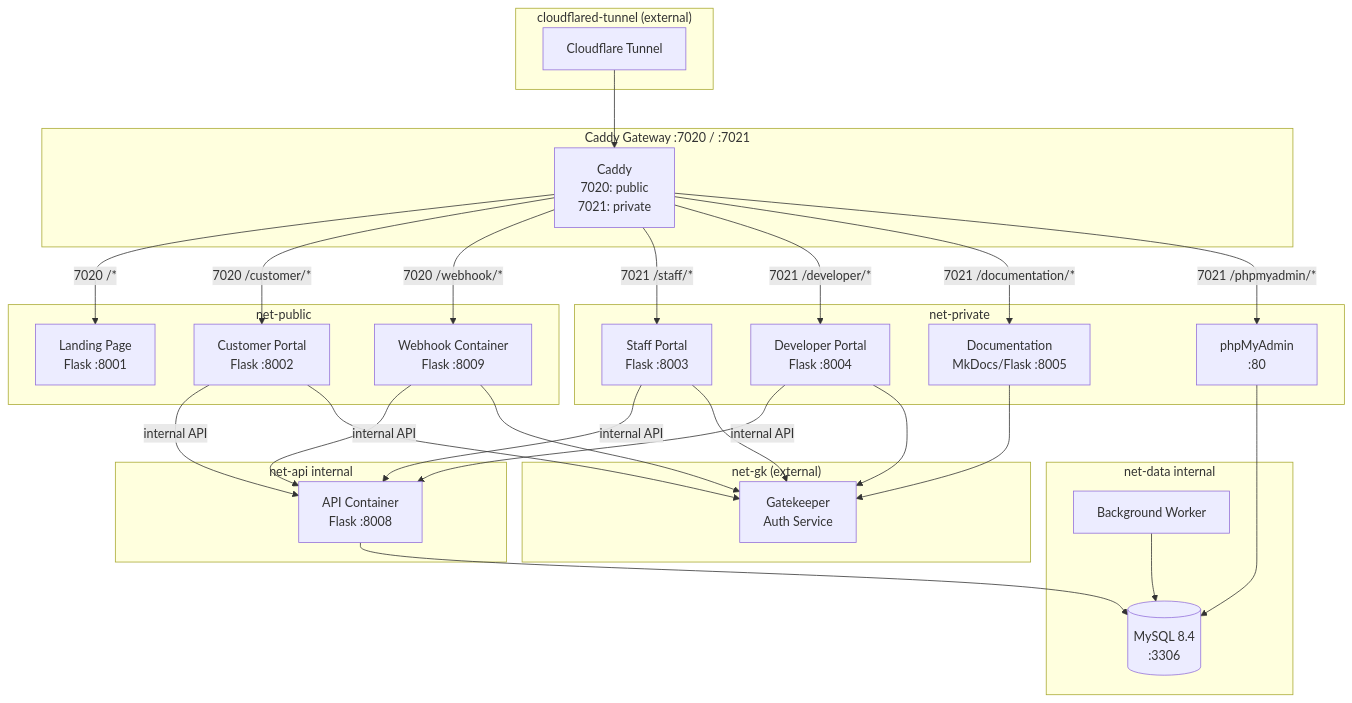
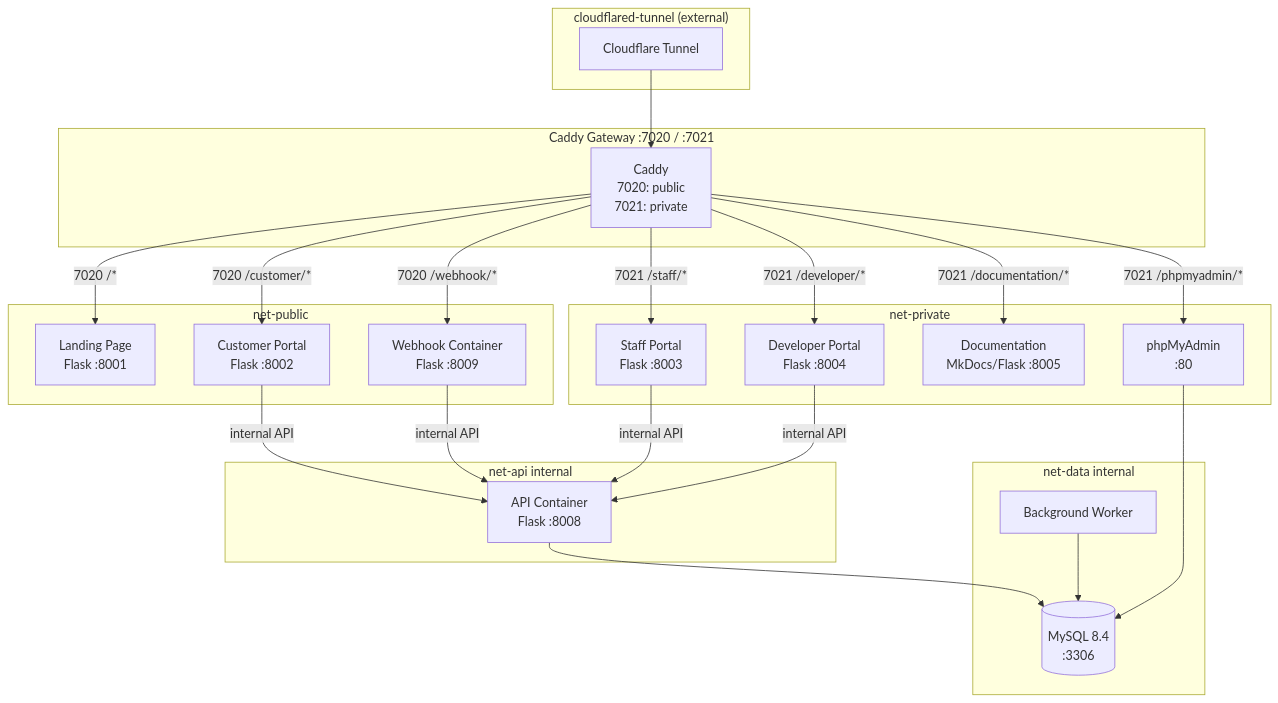
One commit to NovaProtocol/WaterBillingSystem changed the first of 2 diagrams in documentation/docs/index.md. Above: the diagram before and after it, drawn with Mermaid. The commit also changed other lines of this file and 9 other files, not shown here.

````diff
--- a/documentation/docs/index.md
+++ b/documentation/docs/index.md
@@ -25,61 +25,51 @@
 ```mermaid
 graph TB
     subgraph "net-public"
         LAND["Landing Page<br/>Flask :8001"]
         CP["Customer Portal<br/>Flask :8002"]
         WH["Webhook Container<br/>Flask :8009"]
     end
 
     subgraph "net-private"
         SP["Staff Portal<br/>Flask :8003"]
         DP["Developer Portal<br/>Flask :8004"]
         DOC["Documentation<br/>MkDocs/Flask :8005"]
         PMA["phpMyAdmin<br/>:80"]
     end
 
     subgraph "net-api internal"
         API["API Container<br/>Flask :8008"]
     end
 
     subgraph "net-data internal"
         DB[("MySQL 8.4<br/>:3306")]
         WORKER["Background Worker"]
-    end
-
-    subgraph "net-gk (external)"
-        GK["Gatekeeper<br/>Auth Service"]
     end
 
     subgraph "cloudflared-tunnel (external)"
         TUN["Cloudflare Tunnel"]
     end
 
     subgraph "Caddy Gateway :7020 / :7021"
         CAD["Caddy<br/>7020: public<br/>7021: private"]
     end
 
     CAD -->|"7020 /*"| LAND
     CAD -->|"7020 /customer/*"| CP
     CAD -->|"7020 /webhook/*"| WH
     CAD -->|"7021 /staff/*"| SP
     CAD -->|"7021 /developer/*"| DP
     CAD -->|"7021 /documentation/*"| DOC
     CAD -->|"7021 /phpmyadmin/*"| PMA
 
     CP -->|"internal API"| API
     SP -->|"internal API"| API
     DP -->|"internal API"| API
     WH -->|"internal API"| API
 
     API --> DB
     WORKER --> DB
     PMA --> DB
 
-    CP --> GK
-    SP --> GK
-    DP --> GK
-    DOC --> GK
-    WH --> GK
-
     TUN --> CAD
 ```
````
